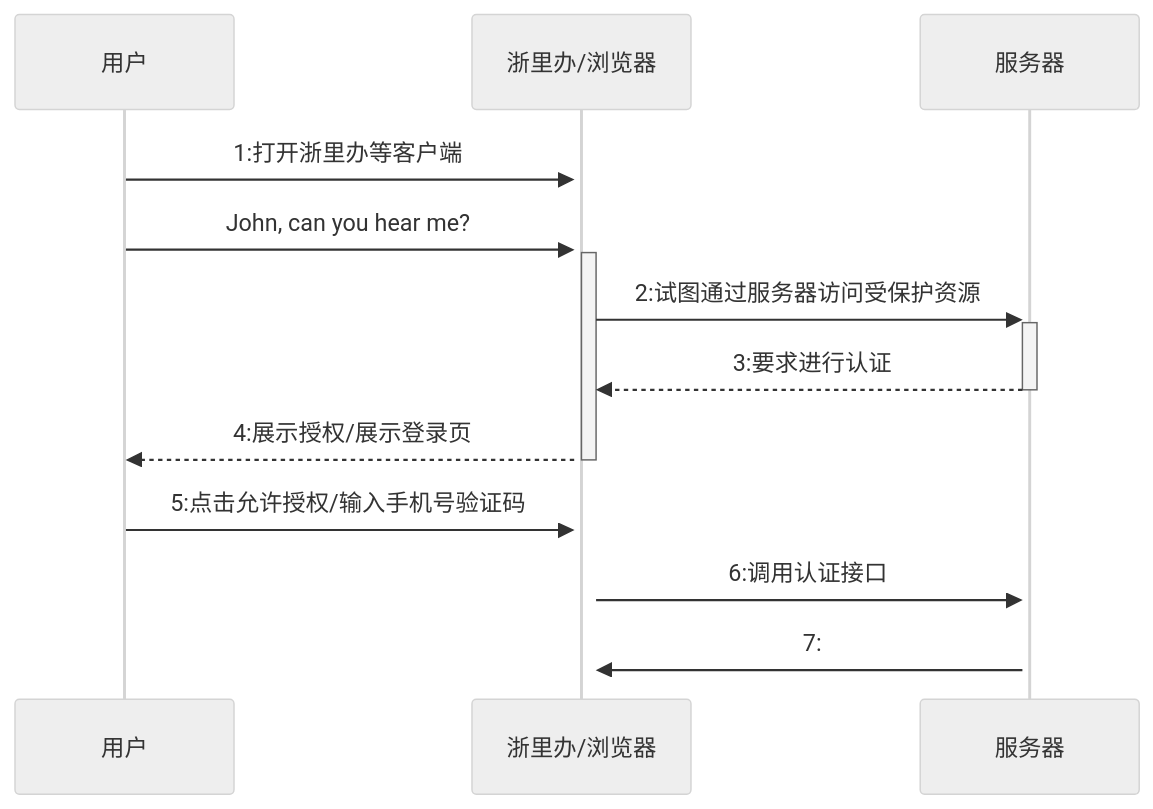
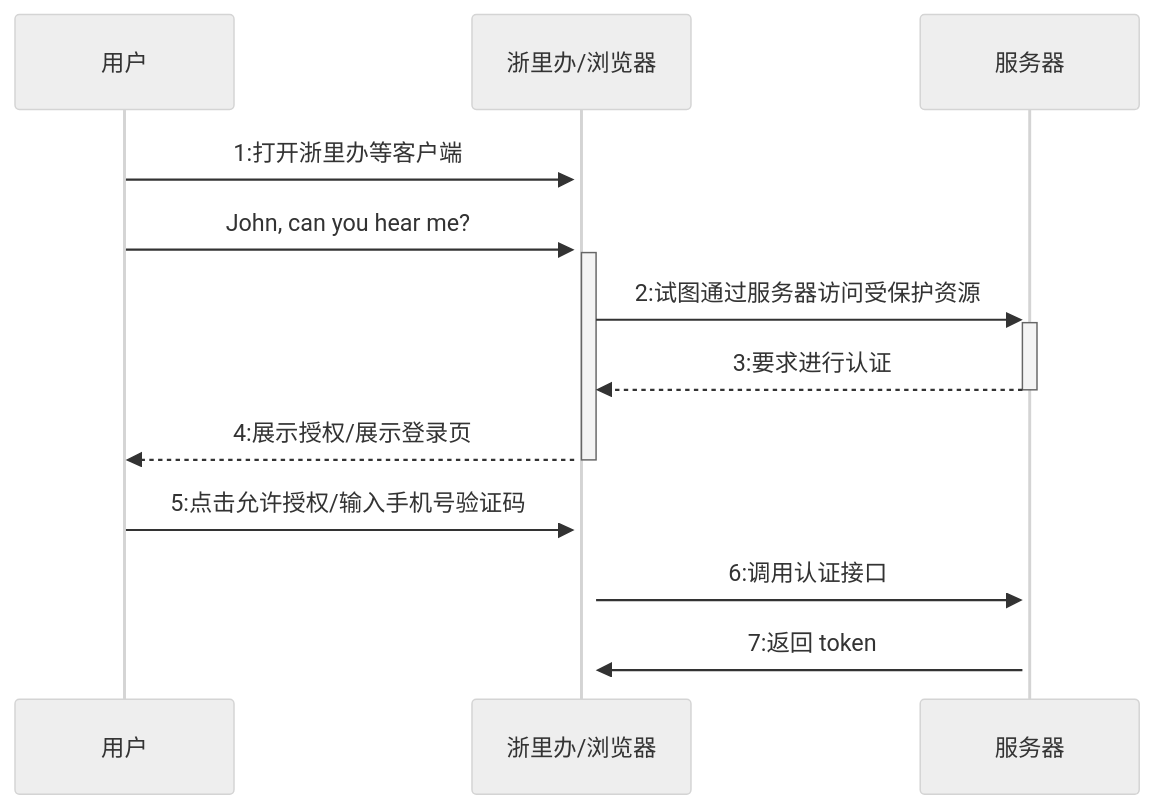
One commit to fifuntop/iodraw-files changed the diagram in all/居民端时序图.md. Above: the diagram before and after it, drawn with Mermaid (neutral theme).

Commit message:
2024-03-14 15:18:07 update

````diff
--- a/all/居民端时序图.md
+++ b/all/居民端时序图.md
@@ -1,12 +1,12 @@
 ```mermaid
 sequenceDiagram
     用户->>+浙里办/浏览器: 1:打开浙里办等客户端
     用户->>+浙里办/浏览器: John, can you hear me?
     浙里办/浏览器->>+服务器: 2:试图通过服务器访问受保护资源
     服务器-->>-浙里办/浏览器: 3:要求进行认证
     浙里办/浏览器-->>-用户: 4:展示授权/展示登录页
     用户->>+浙里办/浏览器: 5:点击允许授权/输入手机号验证码
     浙里办/浏览器->>+服务器: 6:调用认证接口
-    服务器->>+浙里办/浏览器: 7:
+    服务器->>+浙里办/浏览器: 7:返回 token
             
 ```
````
